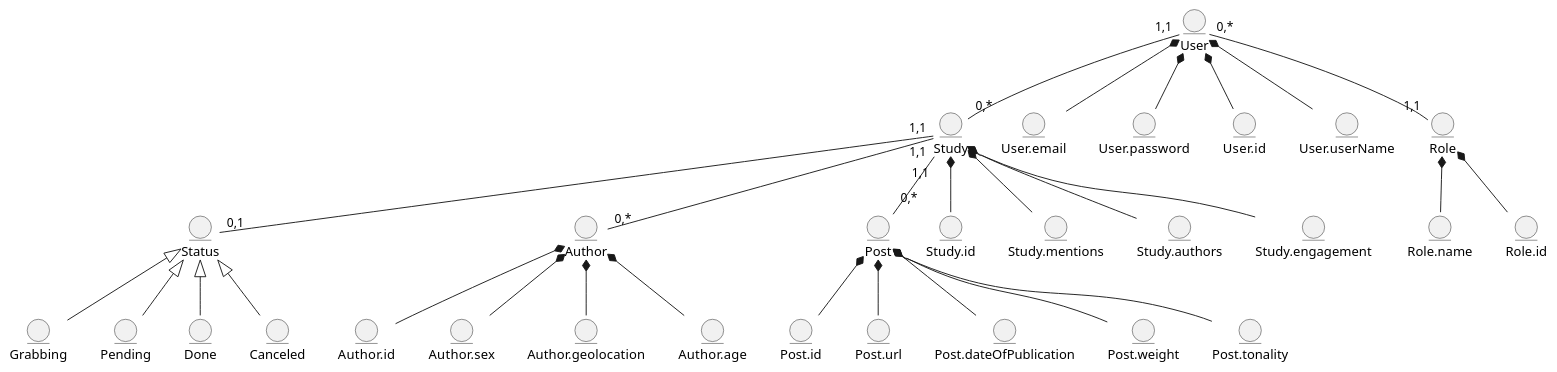
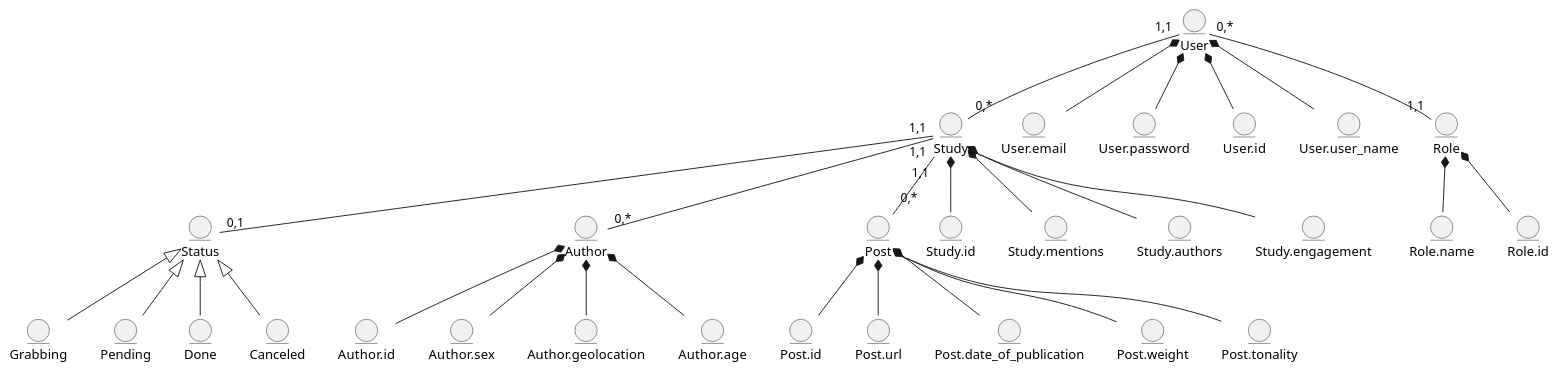
One commit to kpi-wolves/edu_db_labs changed the first of 2 diagrams in docs/design/README.md. Above: the diagram before and after it, drawn with PlantUML. The commit also changed other lines of this file, not shown here.

Commit message:
refactor: Get rid of camelCase

```diff
--- a/docs/design/README.md
+++ b/docs/design/README.md
@@ -5,73 +5,73 @@
 @startuml
 
 entity Status
 entity Grabbing
 entity Pending
 entity Done
 entity Canceled
 
 entity Author
 entity Author.id
 entity Author.sex
 entity Author.geolocation
 entity Author.age
 
 entity Post
 entity Post.id
 entity Post.url
-entity Post.dateOfPublication
+entity Post.date_of_publication
 entity Post.weight
 entity Post.tonality
 
 entity Study
 entity Study.id
 entity Study.mentions
 entity Study.authors
 entity Study.engagement
 
 entity User
 entity User.email
 entity User.password
 entity User.id
-entity User.userName
+entity User.user_name
 
 entity Role
 entity Role.name
 entity Role.id
 
 Post *-- Post.id
 Post *-- Post.url
-Post *-- Post.dateOfPublication
+Post *-- Post.date_of_publication
 Post *-- Post.weight
 Post *-- Post.tonality
 
 User *-- User.email
 User *-- User.password
 User *-- User.id
-User *-- User.userName
+User *-- User.user_name
 
 Role *-- Role.id
 Role *-- Role.name
 
 Author *-- Author.id
 Author *-- Author.sex
 Author *-- Author.geolocation
 Author *-- Author.age
 
 Study *-- Study.id
 Study *-- Study.mentions
 Study *-- Study.authors
 Study *-- Study.engagement
 
 Grabbing -u-|> Status
 Pending -u-|> Status
 Done -u-|> Status
 Canceled -u-|> Status
 
 User "0,*" -- "1,1" Role 
 User "1,1" -- "0,*" Study
 Study "1,1" -- "0,*" Post
 Study "1,1" -- "0,*" Author
 Study "1,1" -- "0,1" Status
 
 @enduml
```
